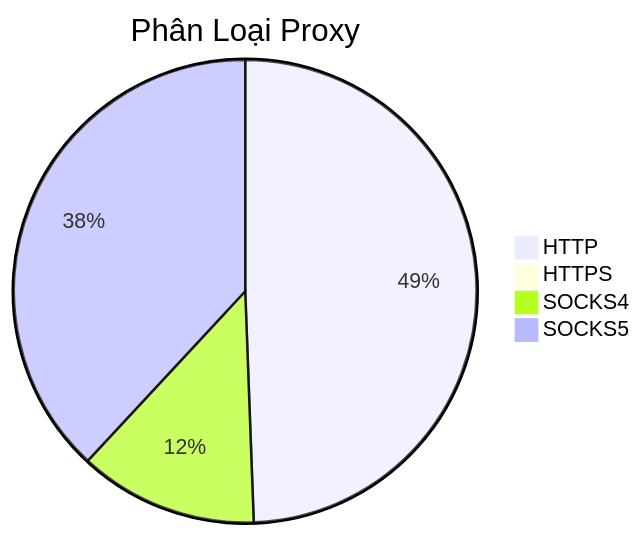
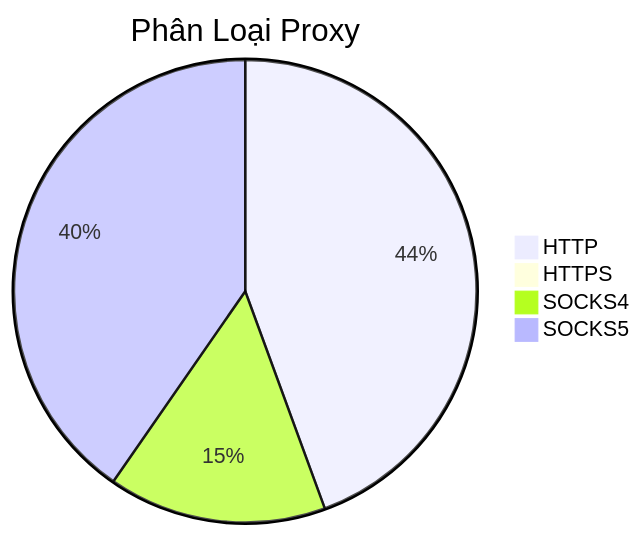
The diagram in README.md (Ciara-Aa/PROXY-free), drawn with Mermaid before and after one commit. The commit also changed other lines of this file and 4 other files, not shown here.

````diff
--- a/README.md
+++ b/README.md
@@ -26,7 +26,7 @@
 ```mermaid
 pie title Phân Loại Proxy
-    "HTTP" : 336
-    "HTTPS" : 3
-    "SOCKS4" : 85
-    "SOCKS5" : 259
+    "HTTP" : 306
+    "HTTPS" : 2
+    "SOCKS4" : 105
+    "SOCKS5" : 278
 ```
````
